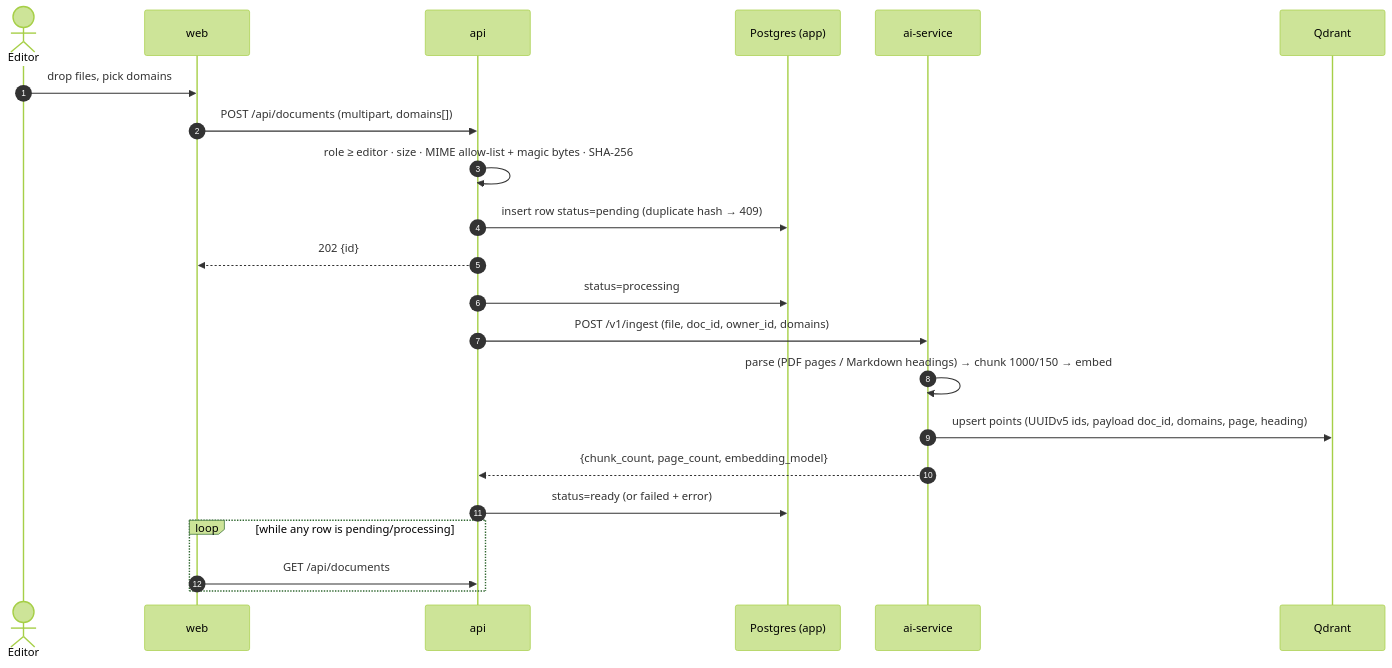
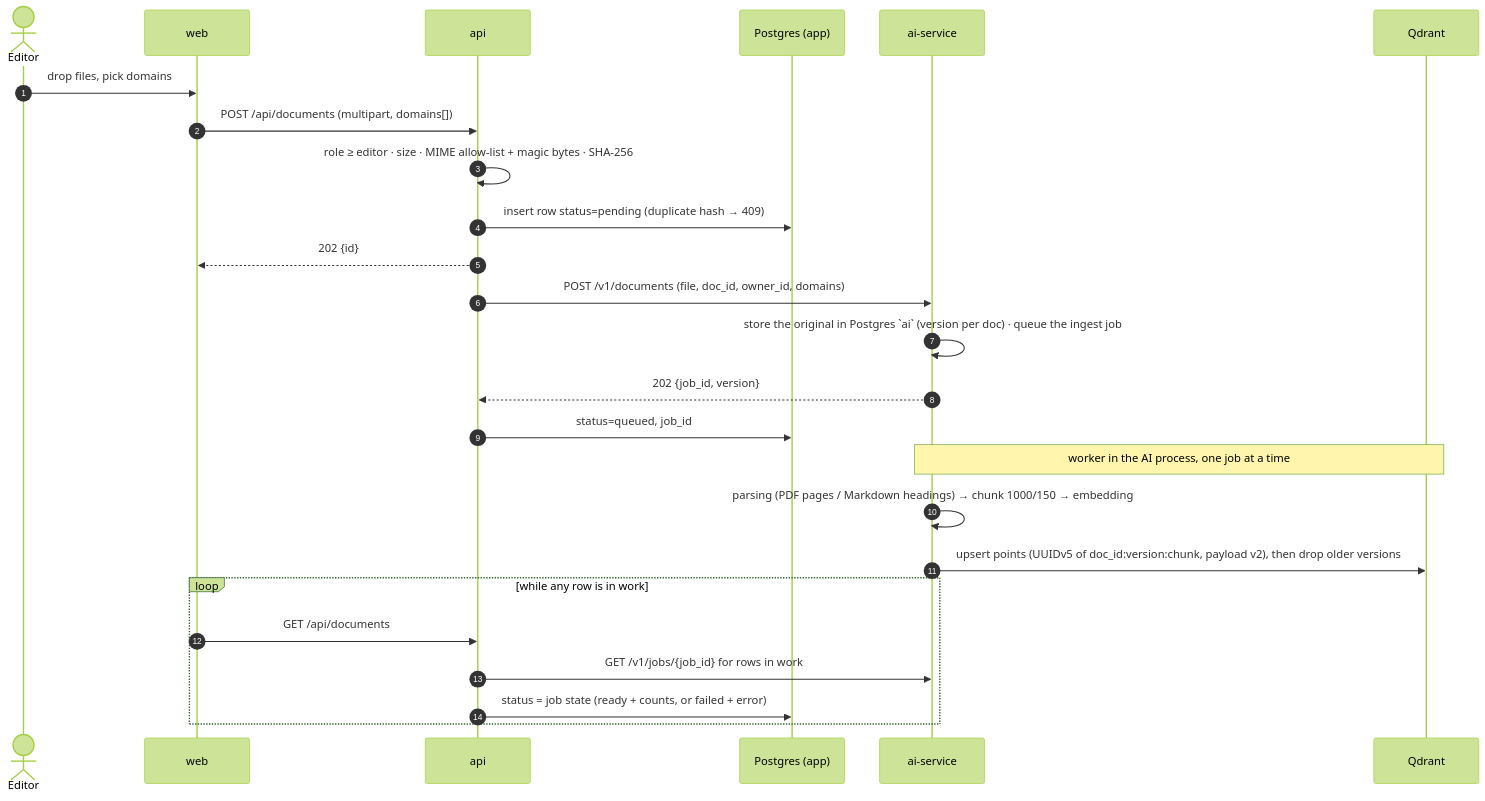
Before and after one commit to davidkutt/FS100: the second of 3 diagrams in docs/architecture.md, drawn with Mermaid (forest theme). The commit also changed other lines of this file and 64 other files, not shown here.

````diff
--- a/docs/architecture.md
+++ b/docs/architecture.md
@@ -45,25 +45,28 @@
 ```mermaid
 sequenceDiagram
   autonumber
   actor U as Editor
   participant W as web
   participant A as api
   participant P as Postgres (app)
   participant AI as ai-service
   participant Q as Qdrant
 
   U->>W: drop files, pick domains
   W->>A: POST /api/documents (multipart, domains[])
   A->>A: role ≥ editor · size · MIME allow-list + magic bytes · SHA-256
   A->>P: insert row status=pending (duplicate hash → 409)
   A-->>W: 202 {id}
-  A->>P: status=processing
-  A->>AI: POST /v1/ingest (file, doc_id, owner_id, domains)
-  AI->>AI: parse (PDF pages / Markdown headings) → chunk 1000/150 → embed
-  AI->>Q: upsert points (UUIDv5 ids, payload doc_id, domains, page, heading)
-  AI-->>A: {chunk_count, page_count, embedding_model}
-  A->>P: status=ready (or failed + error)
-  loop while any row is pending/processing
+  A->>AI: POST /v1/documents (file, doc_id, owner_id, domains)
+  AI->>AI: store the original in Postgres `ai` (version per doc) · queue the ingest job
+  AI-->>A: 202 {job_id, version}
+  A->>P: status=queued, job_id
+  Note over AI,Q: worker in the AI process, one job at a time
+  AI->>AI: parsing (PDF pages / Markdown headings) → chunk 1000/150 → embedding
+  AI->>Q: upsert points (UUIDv5 of doc_id:version:chunk, payload v2), then drop older versions
+  loop while any row is in work
     W->>A: GET /api/documents
+    A->>AI: GET /v1/jobs/{job_id} for rows in work
+    A->>P: status = job state (ready + counts, or failed + error)
   end
 ```
````
